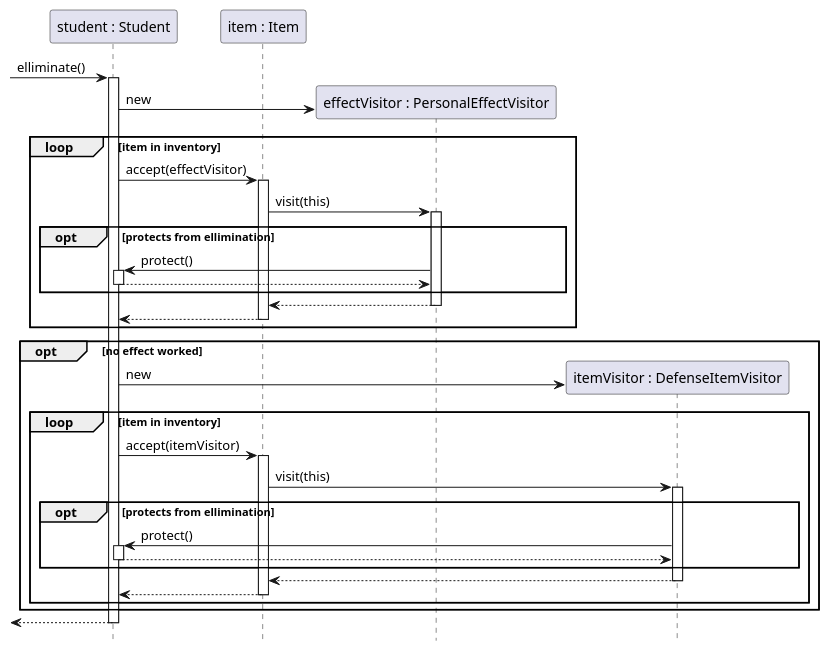
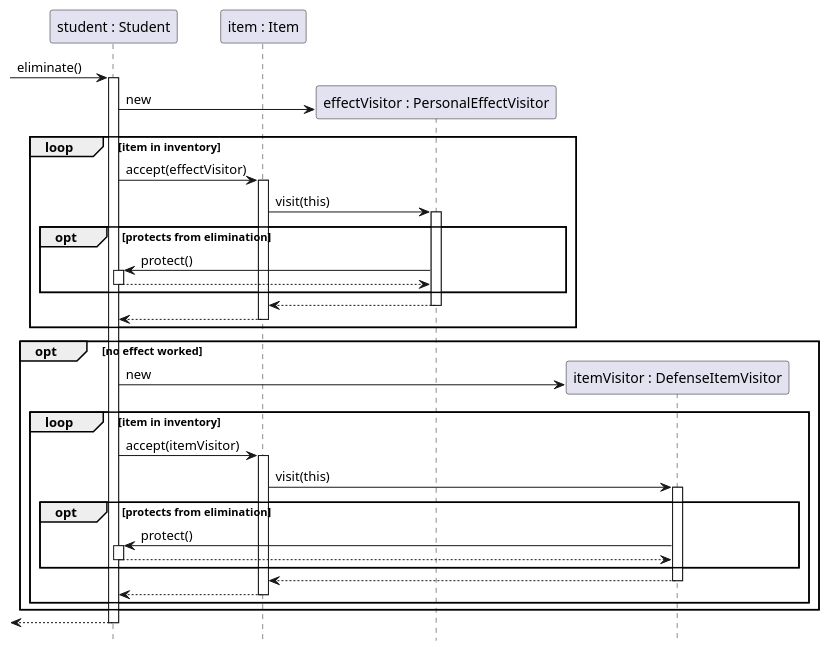
One commit to sn4k3ch4rm3r/logarlec changed the diagram in docs/diagrams/sequence/soul-theft.puml. Above: the diagram before and after it, drawn with PlantUML. The commit also changed 3 other files, not shown here.

Commit message:
Added sequence diagrams

```diff
--- a/docs/diagrams/sequence/soul-theft.puml
+++ b/docs/diagrams/sequence/soul-theft.puml
@@ -1,39 +1,39 @@
 @startuml soul-theft
 
 hide footbox
 
 participant "student : Student" as s
 participant "item : Item" as i
 
 
-[-> s ++: elliminate()
+[-> s ++: eliminate()
 create "effectVisitor : PersonalEffectVisitor" as ev
 s -> ev : new 
 loop item in inventory
 	s -> i ++: accept(effectVisitor)
 	i -> ev ++: visit(this)
-	opt protects from ellimination
+	opt protects from elimination
 		ev -> s ++: protect()
 		s --> ev --
 	end
 	ev --> i --
 	i --> s --
 end
 opt no effect worked
 	create "itemVisitor : DefenseItemVisitor" as iv
 	s -> iv : new
 	loop item in inventory
 		s -> i ++: accept(itemVisitor)
 		i -> iv ++: visit(this)
-		opt protects from ellimination
+		opt protects from elimination
 			iv -> s ++: protect()
 			s --> iv --
 		end
 		iv --> i --
 		i --> s --
 	end
 end
 
 [<-- s --
 
 @enduml
```
